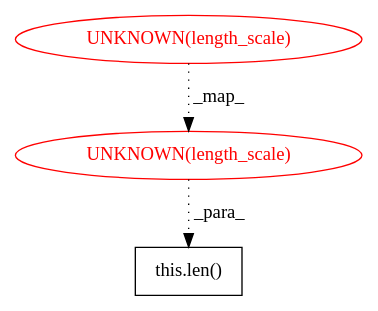
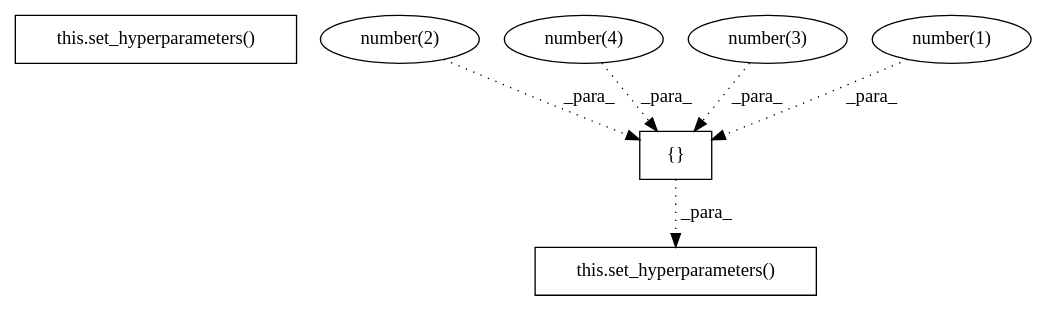
One commit to maldil/R-CPATMiner changed the diagram in AtomicASTChangeMining/OUTPUT/DEBUG/01d3b2e97649992388a57b4d05b6c11b7bf82881___0.dot. Above: the diagram before and after it, drawn with Graphviz. The commit also changed 706 other files, not shown here.

```diff
--- a/AtomicASTChangeMining/OUTPUT/DEBUG/01d3b2e97649992388a57b4d05b6c11b7bf82881___0.dot
+++ b/AtomicASTChangeMining/OUTPUT/DEBUG/01d3b2e97649992388a57b4d05b6c11b7bf82881___0.dot
@@ -1,7 +1,14 @@
 digraph G {
-1 [label="this.len()" shape=box]
-2 [label="UNKNOWN(length_scale)" shape=ellipse color=red fontcolor=red]
-3 [label="UNKNOWN(length_scale)" shape=ellipse color=red fontcolor=red]
-2 -> 1 [label="_para_" style=dotted];
-3 -> 2 [label="_map_" style=dotted];
+1 [label="this.set_hyperparameters()" shape=box]
+2 [label="number(2)" shape=ellipse]
+3 [label="number(4)" shape=ellipse]
+4 [label="number(3)" shape=ellipse]
+5 [label="number(1)" shape=ellipse]
+6 [label="{}" shape=box]
+7 [label="this.set_hyperparameters()" shape=box]
+5 -> 6 [label="_para_" style=dotted];
+2 -> 6 [label="_para_" style=dotted];
+4 -> 6 [label="_para_" style=dotted];
+3 -> 6 [label="_para_" style=dotted];
+6 -> 7 [label="_para_" style=dotted];
 }
```
